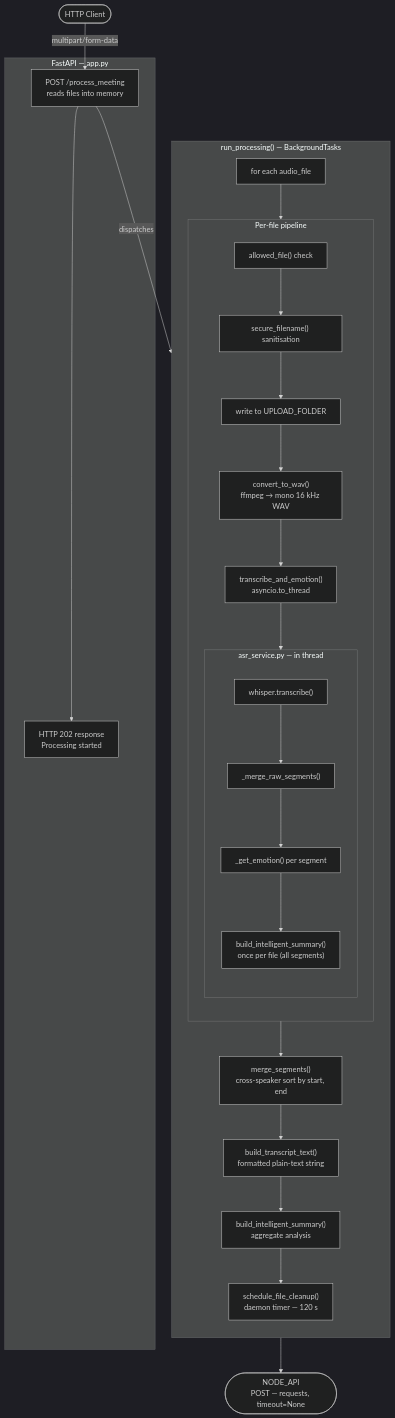
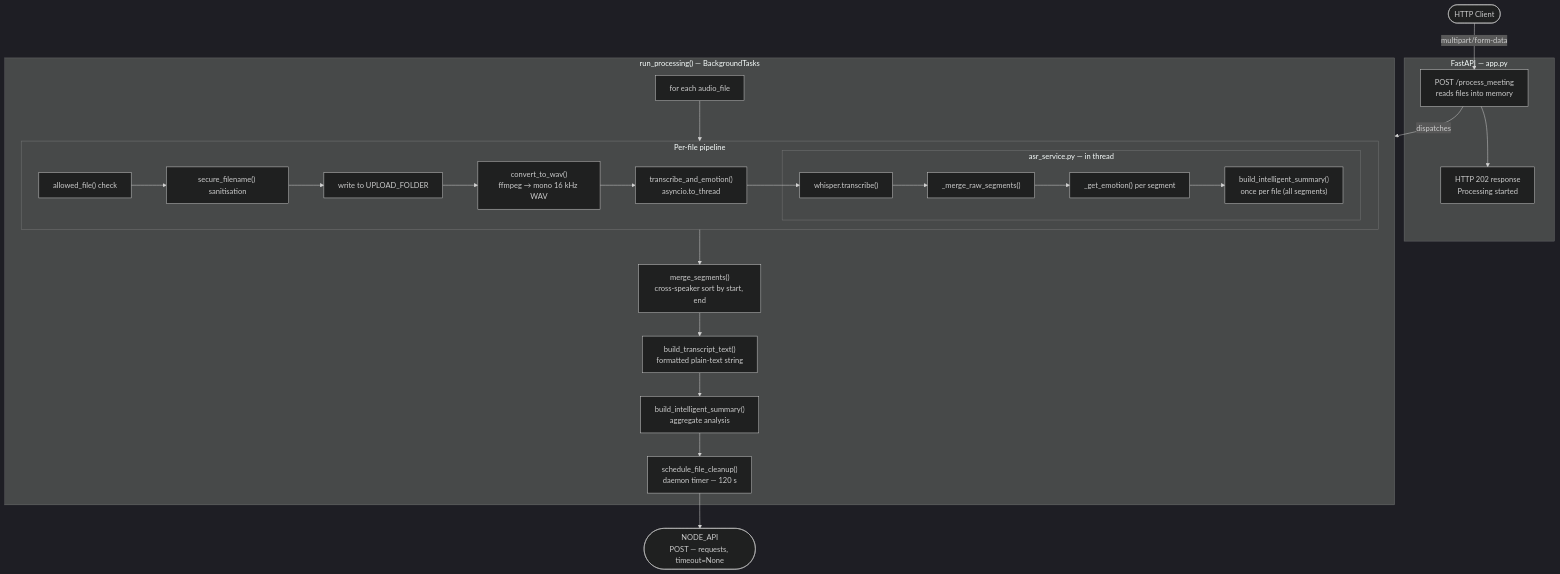
Before and after one commit to AnupamKumar-1/Hoovik: the first of 2 diagrams in docs/transcript_service.md, drawn with Mermaid (dark theme). The commit also changed 15 other files, not shown here.

````diff
--- a/docs/transcript_service.md
+++ b/docs/transcript_service.md
@@ -60,49 +60,46 @@
 ```mermaid
 flowchart TD
     Client(["HTTP Client"])
 
     subgraph FastAPI["FastAPI — app.py"]
         EP["POST /process_meeting\nreads files into memory"]
         R202["HTTP 202 response\nProcessing started"]
     end
 
     subgraph BG["run_processing() — BackgroundTasks"]
-        direction TB
         FileLoop["for each audio_file"]
 
         subgraph PerFile["Per-file pipeline"]
-            direction TB
             A1["allowed_file() check"]
             A2["secure_filename() sanitisation"]
             A3["write to UPLOAD_FOLDER"]
             A4["convert_to_wav()\nffmpeg → mono 16 kHz WAV"]
             A5["transcribe_and_emotion()\nasyncio.to_thread"]
 
             subgraph ASR["asr_service.py — in thread"]
-                direction TB
                 B1["whisper.transcribe()"]
                 B2["_merge_raw_segments()"]
                 B3["_get_emotion() per segment"]
-                                B4["build_intelligent_summary()\nonce per file (all segments)"]
+                B4["build_intelligent_summary()\nonce per file (all segments)"]
             end
 
             A1 --> A2 --> A3 --> A4 --> A5
             A5 --> B1 --> B2 --> B3 --> B4
         end
 
         Merge["merge_segments()\ncross-speaker sort by start, end"]
         Transcript["build_transcript_text()\nformatted plain-text string"]
         Summary["build_intelligent_summary()\naggregate analysis"]
         Cleanup["schedule_file_cleanup()\ndaemon timer — 120 s"]
 
         FileLoop --> PerFile
         PerFile --> Merge --> Transcript --> Summary --> Cleanup
     end
 
     NodeAPI(["NODE_API\nPOST — requests, timeout=None"])
 
     Client -->|"multipart/form-data"| EP
     EP --> R202
     EP -->|"dispatches"| BG
     Cleanup --> NodeAPI
 ```
````
